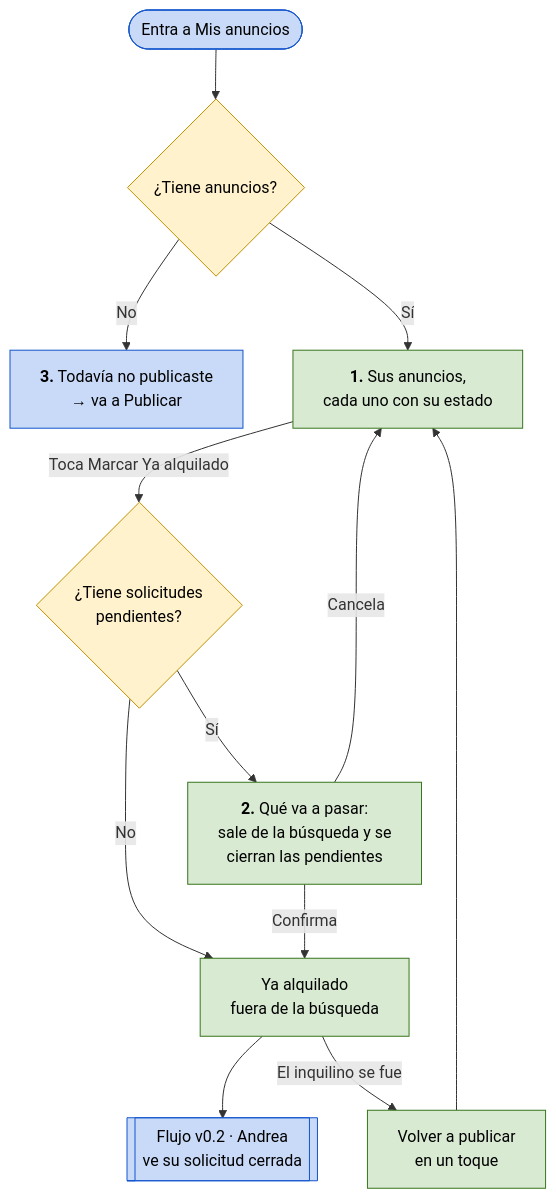
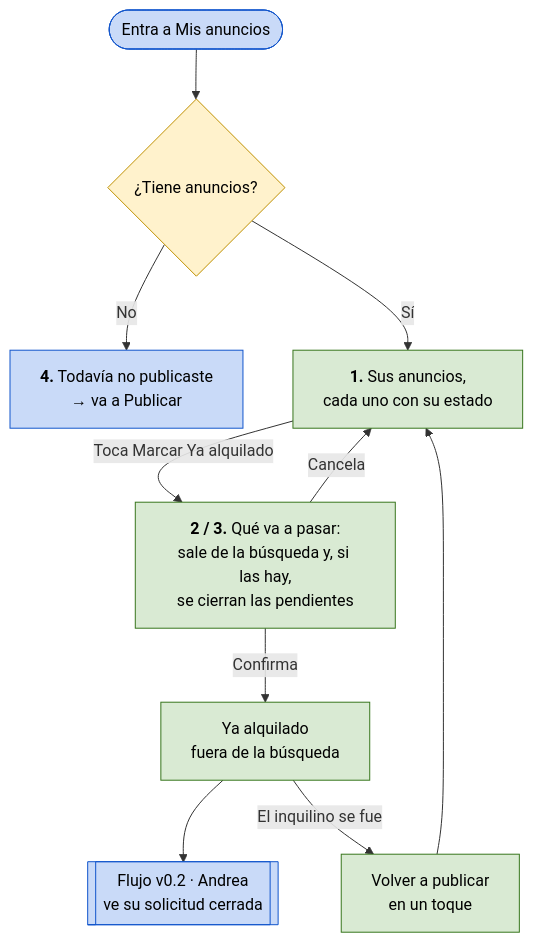
Before and after one commit to gadrilee/PetConnect: the diagram in flujo/flujo-v0.5.md, drawn with Mermaid. The commit also changed other lines of this file and 13 other files, not shown here.

````diff
--- a/flujo/flujo-v0.5.md
+++ b/flujo/flujo-v0.5.md
@@ -20,27 +20,25 @@
 ```mermaid
 flowchart TD
     S([Entra a Mis anuncios]) --> A{"¿Tiene anuncios?"}
 
-    A -->|No| V["<b>3.</b> Todavía no publicaste<br/>→ va a Publicar"]
+    A -->|No| V["<b>4.</b> Todavía no publicaste<br/>→ va a Publicar"]
     A -->|Sí| L["<b>1.</b> Sus anuncios,<br/>cada uno con su estado"]
 
-    L -->|Toca Marcar Ya alquilado| P{"¿Tiene solicitudes<br/>pendientes?"}
-    P -->|No| OK
-    P -->|Sí| C["<b>2.</b> Qué va a pasar:<br/>sale de la búsqueda y se<br/>cierran las pendientes"]
+    L -->|Toca Marcar Ya alquilado| C["<b>2 / 3.</b> Qué va a pasar:<br/>sale de la búsqueda y, si las hay,<br/>se cierran las pendientes"]
 
     C -->|Confirma| OK["Ya alquilado<br/>fuera de la búsqueda"]
     C -->|Cancela| L
 
     OK --> F2[["Flujo v0.2 · Andrea<br/>ve su solicitud cerrada"]]
     OK -->|El inquilino se fue| RP["Volver a publicar<br/>en un toque"]
     RP --> L
 
     classDef paso fill:#d9ead3,stroke:#38761d,color:#000
     classDef error fill:#f4cccc,stroke:#cc0000,color:#000
     classDef borde fill:#c9daf8,stroke:#1155cc,color:#000
     classDef otro fill:#fff2cc,stroke:#bf9000,color:#000
 
     class L,C,OK,RP paso
     class S,V,F2 borde
     class A,P otro
 ```
````
